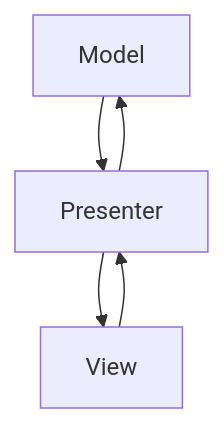
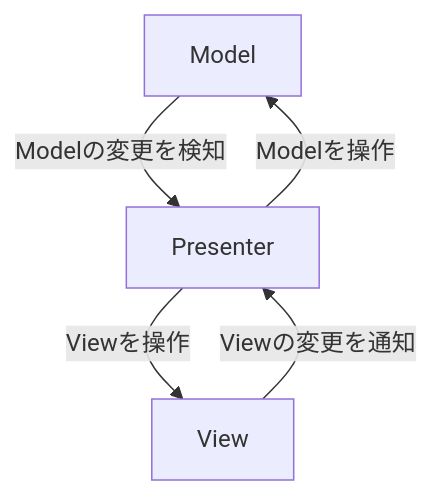
One commit to saitocastel1900/unity-tutorial-unirx changed the diagram in README.md. Above: the diagram before and after it, drawn with Mermaid. The commit also changed other lines of this file, not shown here.

````diff
--- a/README.md
+++ b/README.md
@@ -71,8 +71,8 @@
 ```mermaid
 graph TD
-Model-->Presenter
-Presenter-->View
-Presenter-->Model
-View-->Presenter
+Model--Modelの変更を検知-->Presenter
+Presenter--Viewを操作-->View
+Presenter--Modelを操作-->Model
+View--Viewの変更を通知-->Presenter
 
 ```
````
